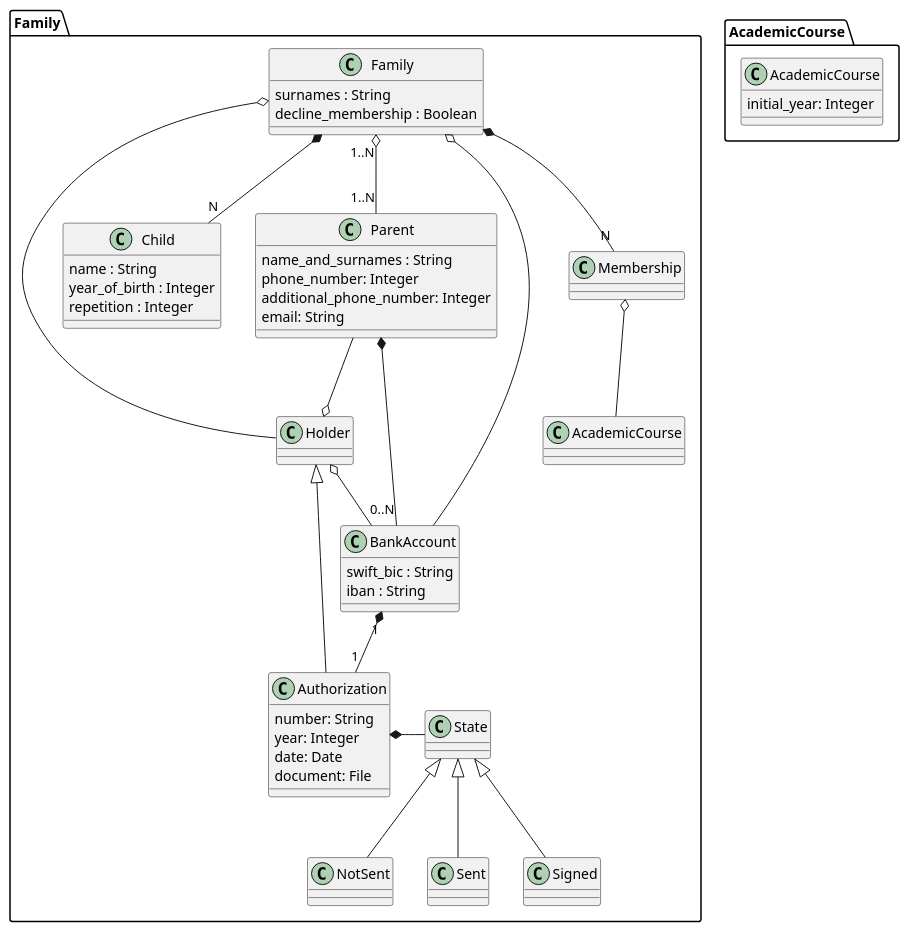
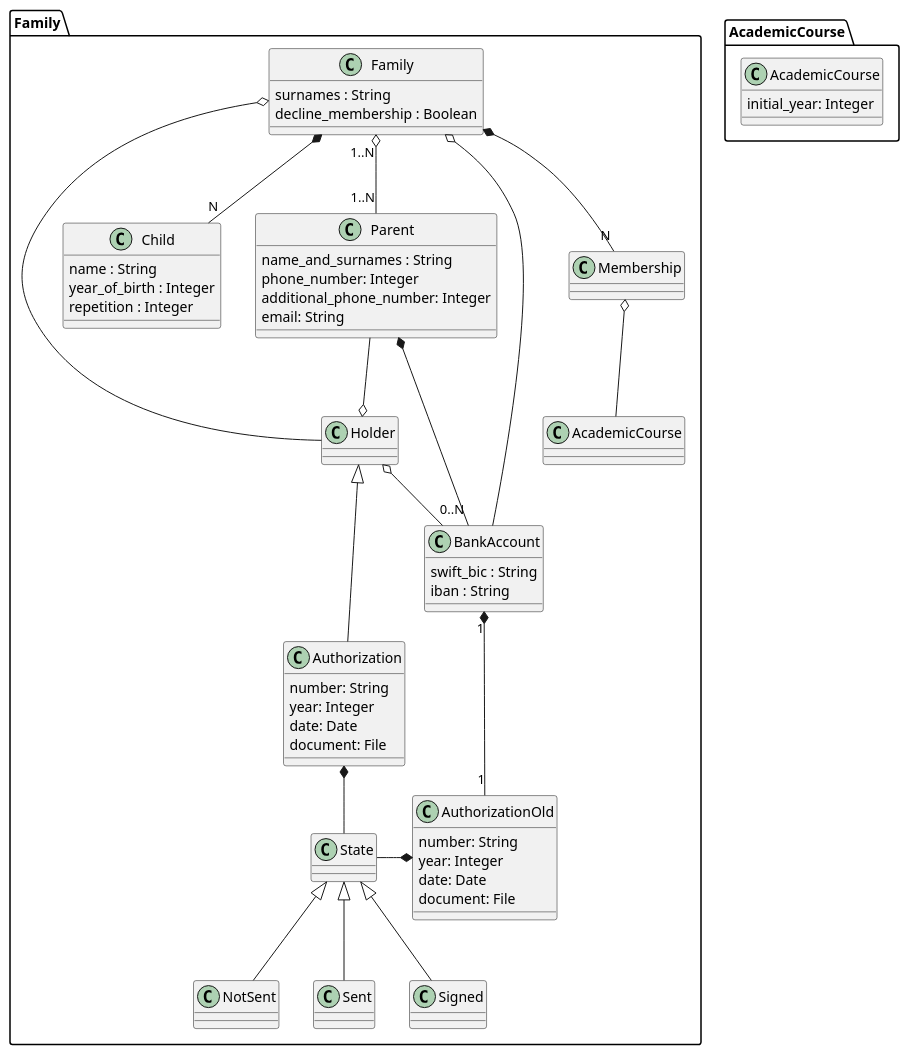
Before and after one commit to IgnacioMaestro/ampa-manager: the diagram in doc/DomainModelDiagram/FamilyPackage/FamilyPackageMigrating.puml, drawn with PlantUML. The commit also changed 17 other files, not shown here.

Commit message:
feat: rename Authorization to AuthorizationOld

```diff
--- a/doc/DomainModelDiagram/FamilyPackage/FamilyPackageMigrating.puml
+++ b/doc/DomainModelDiagram/FamilyPackage/FamilyPackageMigrating.puml
@@ -1,60 +1,67 @@
 @startuml
 package Family {
   class Family {
     surnames : String
     decline_membership : Boolean
   }
   class Parent {
     name_and_surnames : String
     phone_number: Integer
     additional_phone_number: Integer
     email: String
   }
   class Child {
     name : String
     year_of_birth : Integer
     repetition : Integer
   }
   class Holder
   class BankAccount {
     swift_bic : String
     iban : String
   }
   class Authorization {
     number: String
     year: Integer
     date: Date
     document: File
   }
+  class AuthorizationOld {
+    number: String
+    year: Integer
+    date: Date
+    document: File
+  }
   class State
   class NotSent
   class Sent
   class Signed
 
   NotSent -up-|> State
   Sent -up-|> State
   Signed -up-|> State
   Authorization *-right- State
+  AuthorizationOld *-right- State
 
   class Membership
   Parent --o Holder: ""
   Holder o-- BankAccount
   Family o-- Holder
 
 
   Family "1..N" o-- "1..N" Parent
   Family *-- "N" Child
   Parent *-- "0..N" BankAccount
   Family o-- BankAccount: ""
-  BankAccount "1" *-- "1" Authorization
+  BankAccount "1" *-- "1" AuthorizationOld
   Holder <|-- Authorization
   Family *-- "N" Membership: ""
   Membership o-- AcademicCourse
 }
 
 package AcademicCourse {
   class AcademicCourse {
     initial_year: Integer
   }
 }
 @enduml
```
